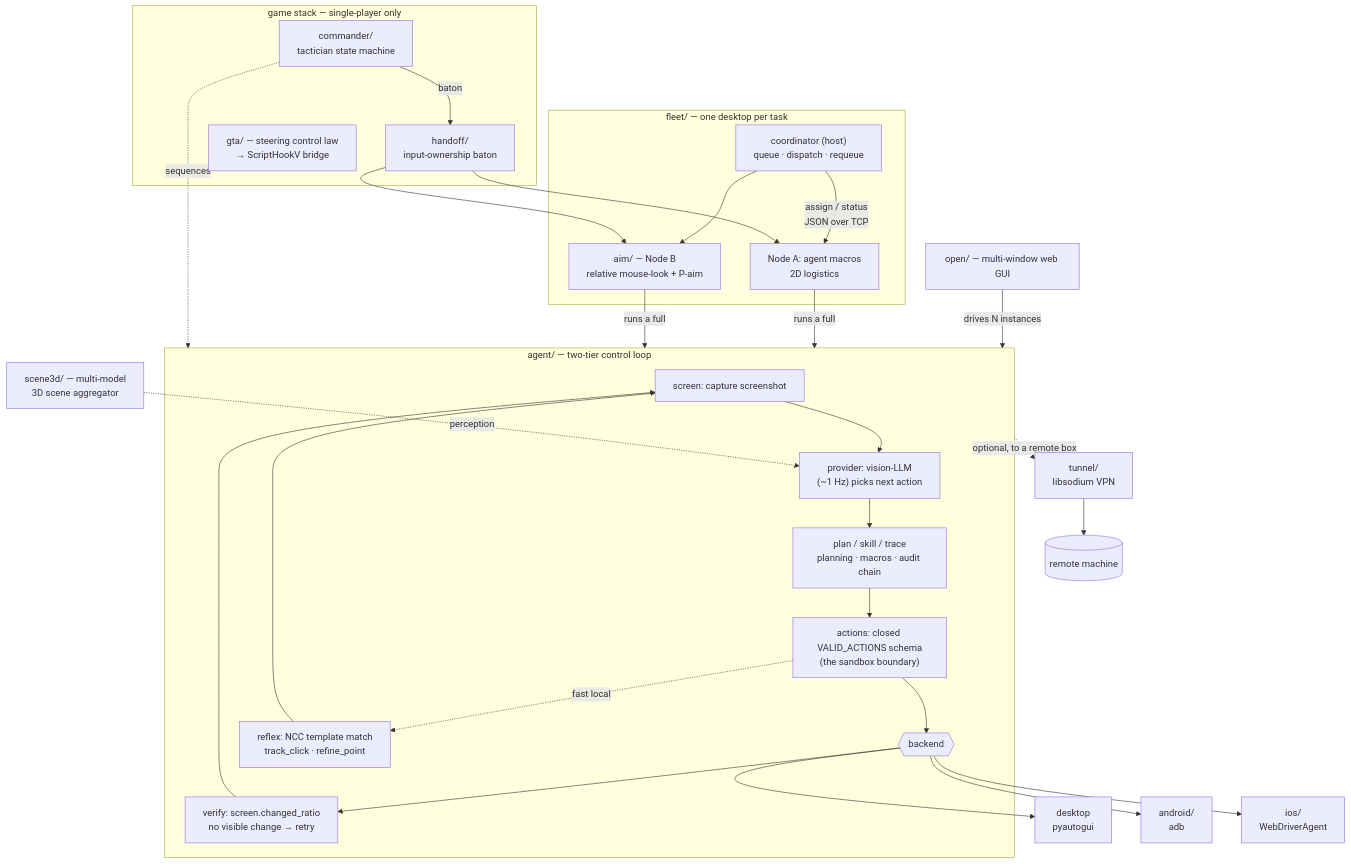
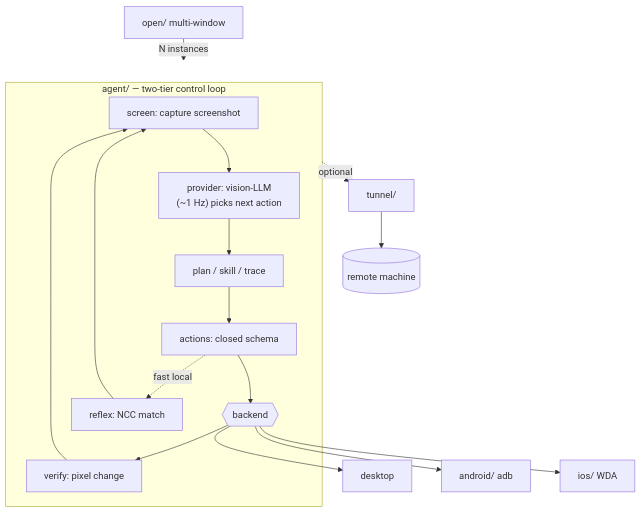
The diagram in README.md (Larrydev-cpp/secdogie), drawn with Mermaid before and after one commit. The commit also changed other lines of this file, not shown here.

````diff
--- a/README.md
+++ b/README.md
@@ -132,37 +93,20 @@
 ```mermaid
 flowchart TB
     subgraph core["agent/ — two-tier control loop"]
         cap["screen: capture screenshot"] --> prov["provider: vision-LLM<br/>(~1 Hz) picks next action"]
-        prov --> plan["plan / skill / trace<br/>planning · macros · audit chain"]
-        plan --> act["actions: closed VALID_ACTIONS schema<br/>(the sandbox boundary)"]
+        prov --> plan["plan / skill / trace"]
+        plan --> act["actions: closed schema"]
         act --> backend{{backend}}
-        backend --> verify["verify: screen.changed_ratio<br/>no visible change → retry"]
+        backend --> verify["verify: pixel change"]
         verify --> cap
-        act -. fast local .-> reflex["reflex: NCC template match<br/>track_click · refine_point"]
+        act -. fast local .-> reflex["reflex: NCC match"]
         reflex --> cap
     end
 
-    backend --> desktop["desktop<br/>pyautogui"]
-    backend --> android["android/<br/>adb"]
-    backend --> ios["ios/<br/>WebDriverAgent"]
+    backend --> desktop["desktop"]
+    backend --> android["android/ adb"]
+    backend --> ios["ios/ WDA"]
 
-    open["open/ — multi-window web GUI"] -->|drives N instances| core
-    scene3d["scene3d/ — multi-model<br/>3D scene aggregator"] -. perception .-> prov
-    core -. optional, to a remote box .-> tunnel["tunnel/<br/>libsodium VPN"] --> remote[(remote machine)]
-
-    subgraph fleetgrp["fleet/ — one desktop per task"]
-        coord["coordinator (host)<br/>queue · dispatch · requeue"]
-        coord -->|assign / status<br/>JSON over TCP| nodeA["node → its own VM/session<br/>own mouse · own focus"]
-        coord --> nodeB["node → another VM/session"]
-    end
-    nodeA -->|runs a full| core
-    nodeB -->|runs a full| core
-
-    subgraph game["game stack — single-player only"]
-        commander["commander/<br/>tactician state machine"] -->|baton| handoff["handoff/<br/>input-ownership baton"]
-        handoff --> nodeA["Node A: agent macros<br/>2D logistics"]
-        handoff --> nodeB["aim/ — Node B<br/>relative mouse-look + P-aim"]
-        gta["gta/ — steering control law<br/>→ ScriptHookV bridge"]
-    end
-    commander -. sequences .-> core
+    open["open/ multi-window"] -->|N instances| core
+    core -. optional .-> tunnel["tunnel/"] --> remote[(remote machine)]
 ```
````
